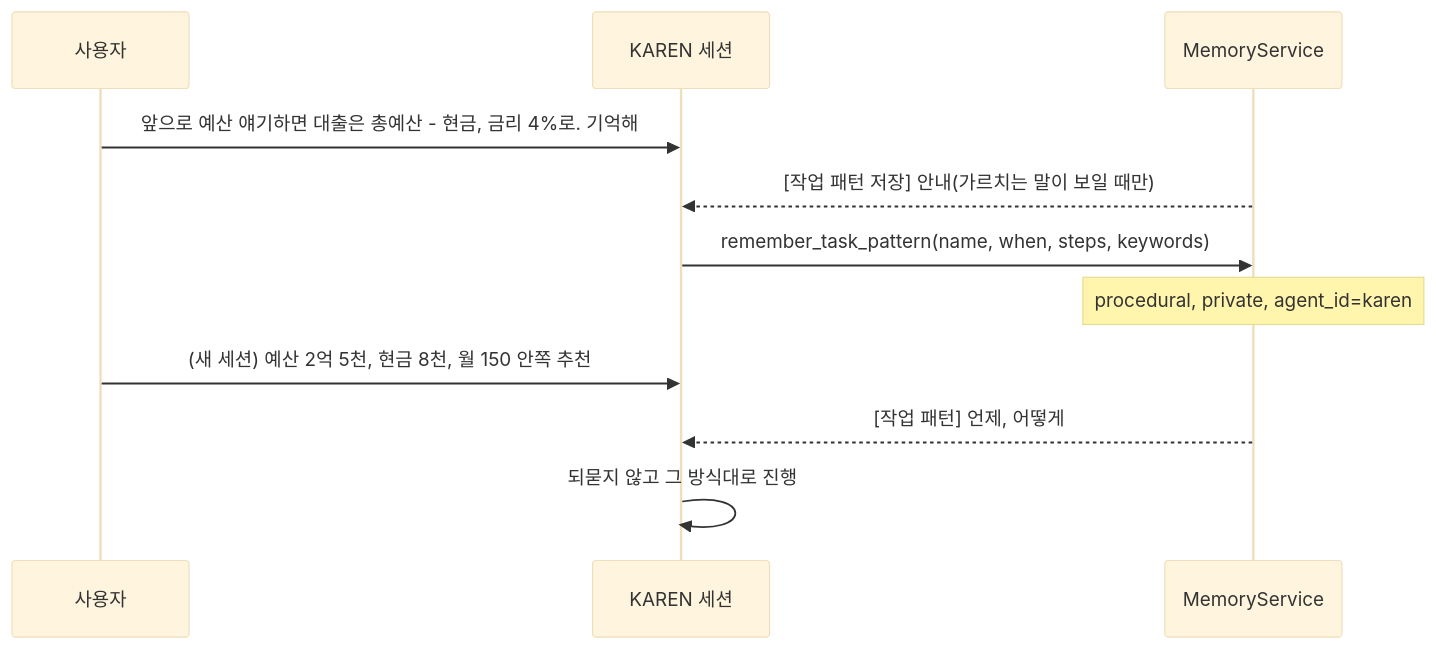
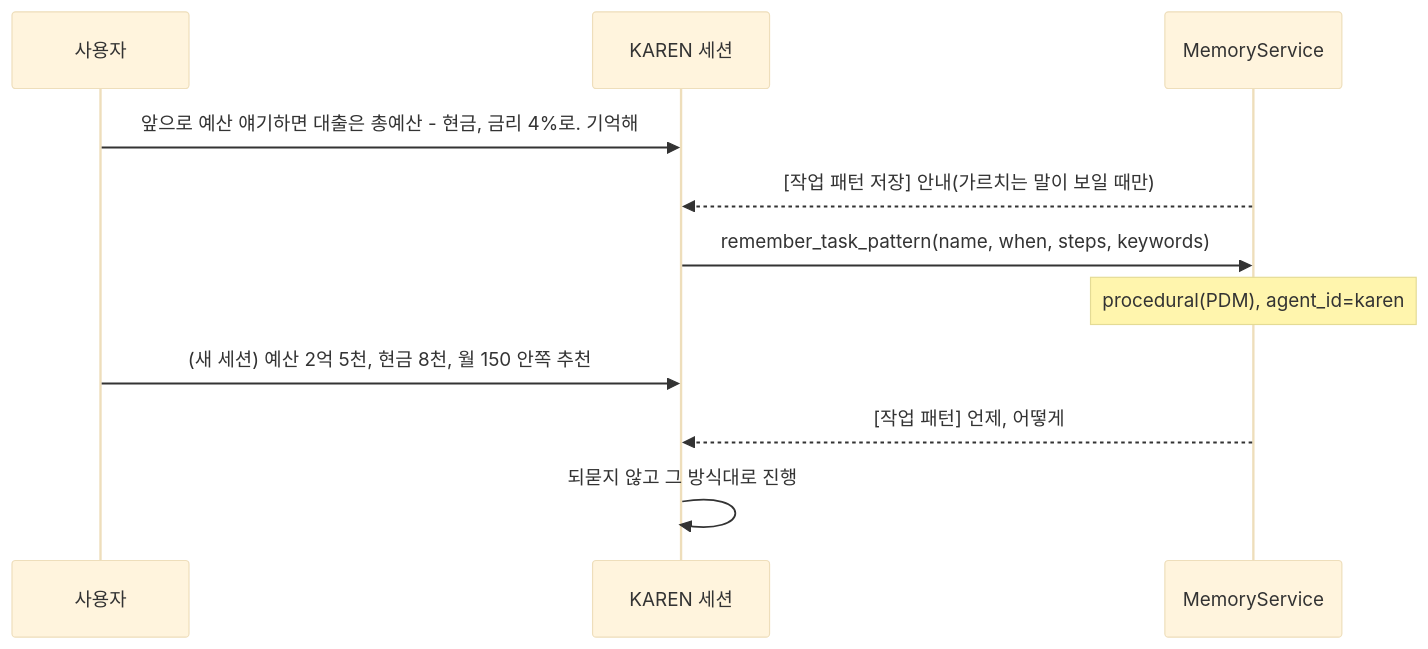
One commit to ash-hun/jarvis-agent changed the second of 4 diagrams in website/docs/concepts/memory.md. Above: the diagram before and after it, drawn with Mermaid (base theme). The commit also changed other lines of this file and 7 other files, not shown here.

First line of the commit message:
Docs: 메모리 문서, 그림, README 를 층별 읽기 정책에 맞춰, 가시성(shared/private) 대신 사용자 프로필은 모두가, EDM 과 PDM 은 쓴 에이전트와 memory.read 에 적힌 에이전트만 읽는다고 적는다 (#184)

````diff
--- a/website/docs/concepts/memory.md
+++ b/website/docs/concepts/memory.md
@@ -80,13 +106,13 @@
 ```mermaid
 sequenceDiagram
   participant U as 사용자
   participant K as KAREN 세션
   participant M as MemoryService
   U->>K: 앞으로 예산 얘기하면 대출은 총예산 - 현금, 금리 4%로. 기억해
   M-->>K: [작업 패턴 저장] 안내(가르치는 말이 보일 때만)
   K->>M: remember_task_pattern(name, when, steps, keywords)
-  Note over M: procedural, private, agent_id=karen
+  Note over M: procedural(PDM), agent_id=karen
   U->>K: (새 세션) 예산 2억 5천, 현금 8천, 월 150 안쪽 추천
   M-->>K: [작업 패턴] 언제, 어떻게
   K->>K: 되묻지 않고 그 방식대로 진행
 ```
````
